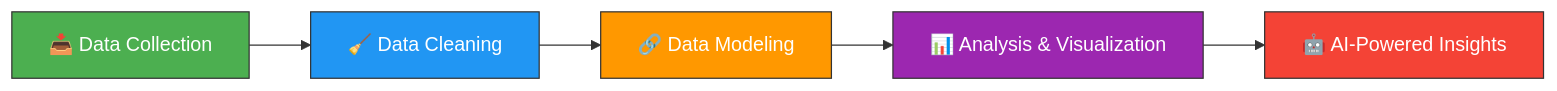
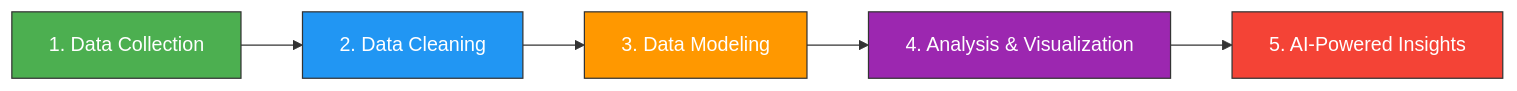
The diagram in README.md (KHALEDRABBAH/US-Unemployment-Dashboard), drawn with Mermaid before and after one commit.

Commit message:
fix: Remove emojis from Mermaid diagram for GitHub compatibility

````diff
--- a/README.md
+++ b/README.md
@@ -112,13 +112,13 @@
 ```mermaid
 graph LR
-    A[📥 Data Collection] --> B[🧹 Data Cleaning]
-    B --> C[🔗 Data Modeling]
-    C --> D[📊 Analysis & Visualization]
-    D --> E[🤖 AI-Powered Insights]
+    A["1. Data Collection"] --> B["2. Data Cleaning"]
+    B --> C["3. Data Modeling"]
+    C --> D["4. Analysis & Visualization"]
+    D --> E["5. AI-Powered Insights"]
     
     style A fill:#4CAF50,stroke:#333,color:#fff
     style B fill:#2196F3,stroke:#333,color:#fff
     style C fill:#FF9800,stroke:#333,color:#fff
     style D fill:#9C27B0,stroke:#333,color:#fff
     style E fill:#F44336,stroke:#333,color:#fff
 ```
````
